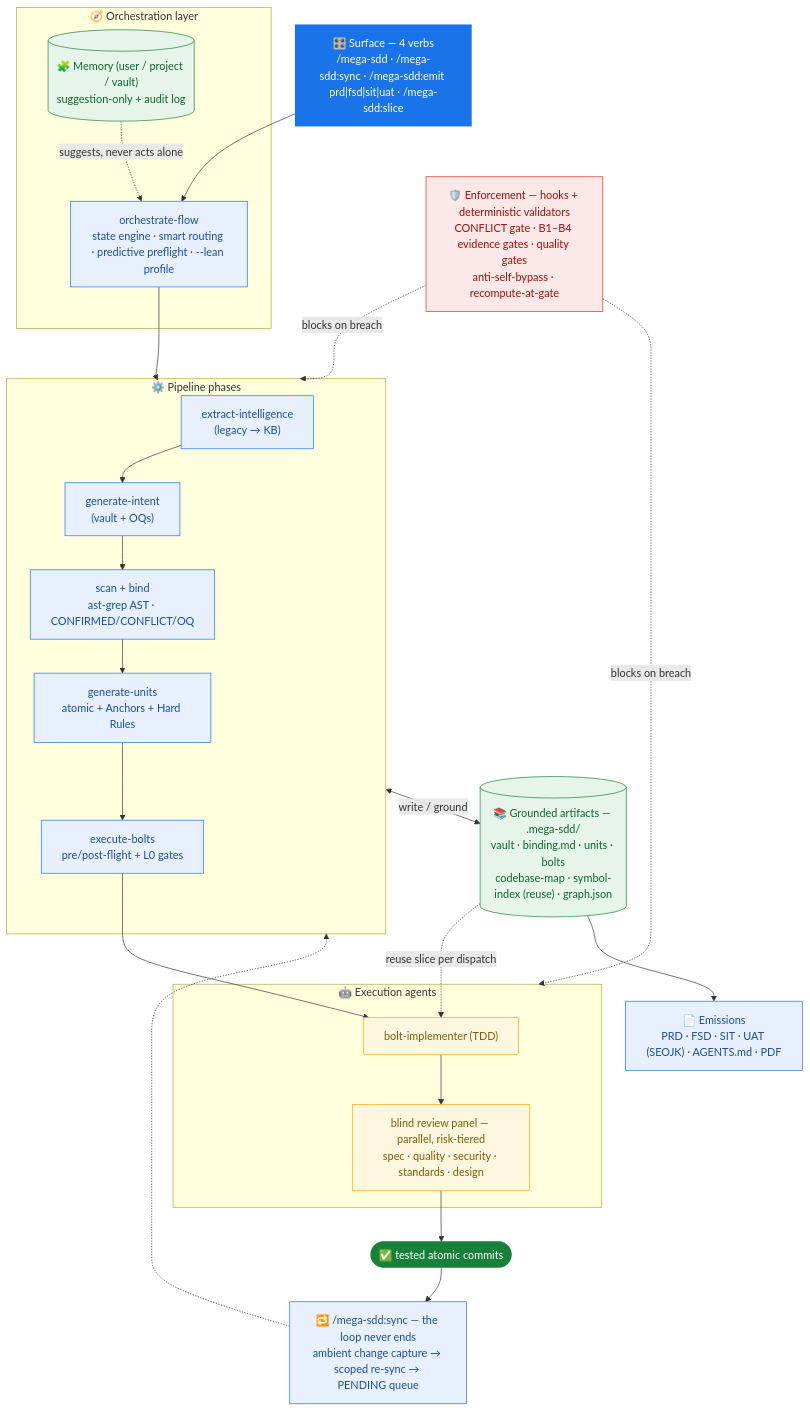
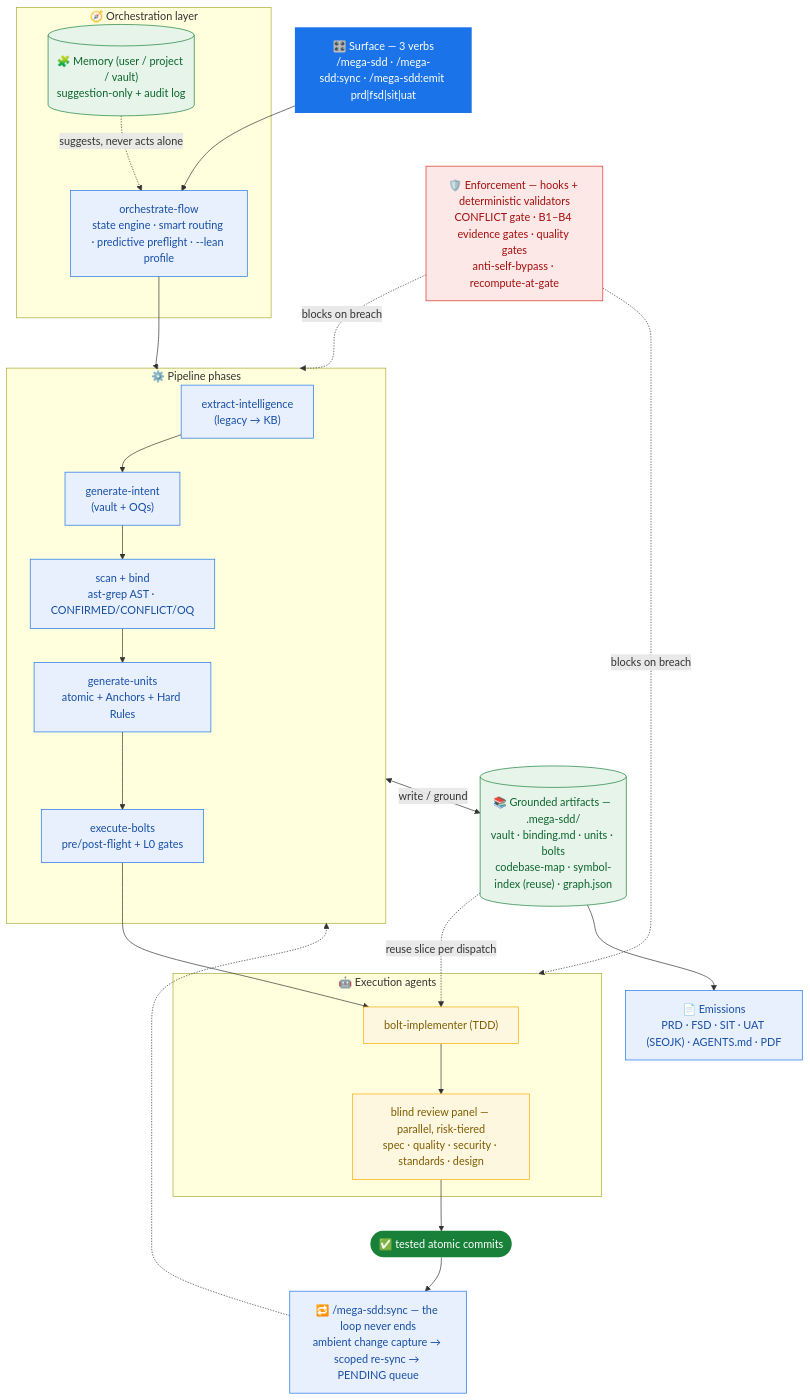
The diagram in README.md (FarhanRiuzaki/Mega-SDD), drawn with Mermaid before and after one commit. The commit also changed other lines of this file and 16 other files, not shown here.

````diff
--- a/README.md
+++ b/README.md
@@ -181,43 +181,43 @@
 ```mermaid
 flowchart TB
     classDef surface fill:#1a73e8,color:#fff,stroke:none
     classDef phase fill:#e8f0fe,stroke:#1a73e8,color:#174ea6
     classDef agent fill:#fef7e0,stroke:#f9ab00,color:#7f5c00
     classDef art fill:#e6f4ea,stroke:#188038,color:#0d652d
     classDef moat fill:#fce8e6,stroke:#d93025,color:#a50e0e
     classDef out fill:#188038,color:#fff,stroke:none
 
-    CMD["🎛️ Surface — 4 verbs<br/>/mega-sdd · /mega-sdd:sync · /mega-sdd:emit prd|fsd|sit|uat · /mega-sdd:slice"]:::surface
+    CMD["🎛️ Surface — 3 verbs<br/>/mega-sdd · /mega-sdd:sync · /mega-sdd:emit prd|fsd|sit|uat"]:::surface
 
     subgraph ORCH["🧭 Orchestration layer"]
         OF["orchestrate-flow<br/>state engine · smart routing · predictive preflight · --lean profile"]:::phase
         MEM[("🧩 Memory (user / project / vault)<br/>suggestion-only + audit log")]:::art
     end
 
     subgraph PIPE["⚙️ Pipeline phases"]
         EXTRACT["extract-intelligence<br/>(legacy → KB)"]:::phase --> INTENT["generate-intent<br/>(vault + OQs)"]:::phase
         INTENT --> GROUND["scan + bind<br/>ast-grep AST · CONFIRMED/CONFLICT/OQ"]:::phase
         GROUND --> UNITS["generate-units<br/>atomic + Anchors + Hard Rules"]:::phase --> BOLTS["execute-bolts<br/>pre/post-flight + L0 gates"]:::phase
     end
 
     subgraph EXEC["🤖 Execution agents"]
         IMPL["bolt-implementer (TDD)"]:::agent --> PANEL["blind review panel — parallel, risk-tiered<br/>spec · quality · security · standards · design"]:::agent
     end
 
     ART[("📚 Grounded artifacts — .mega-sdd/<br/>vault · binding.md · units · bolts<br/>codebase-map · symbol-index (reuse) · graph.json")]:::art
     MOAT["🛡️ Enforcement — hooks + deterministic validators<br/>CONFLICT gate · B1–B4 evidence gates · quality gates<br/>anti-self-bypass · recompute-at-gate"]:::moat
     DOCS["📄 Emissions<br/>PRD · FSD · SIT · UAT (SEOJK) · AGENTS.md · PDF"]:::phase
     OUT(["✅ tested atomic commits"]):::out
     SYNC["🔁 /mega-sdd:sync — the loop never ends<br/>ambient change capture → scoped re-sync → PENDING queue"]:::phase
 
     CMD --> OF --> PIPE
     MEM -.suggests, never acts alone.-> OF
     BOLTS --> IMPL
     PANEL --> OUT
     PIPE <-->|write / ground| ART
     ART -.reuse slice per dispatch.-> IMPL
     MOAT -.blocks on breach.-> PIPE
     MOAT -.blocks on breach.-> EXEC
     ART --> DOCS
     OUT --> SYNC -.-> PIPE
 ```
````
